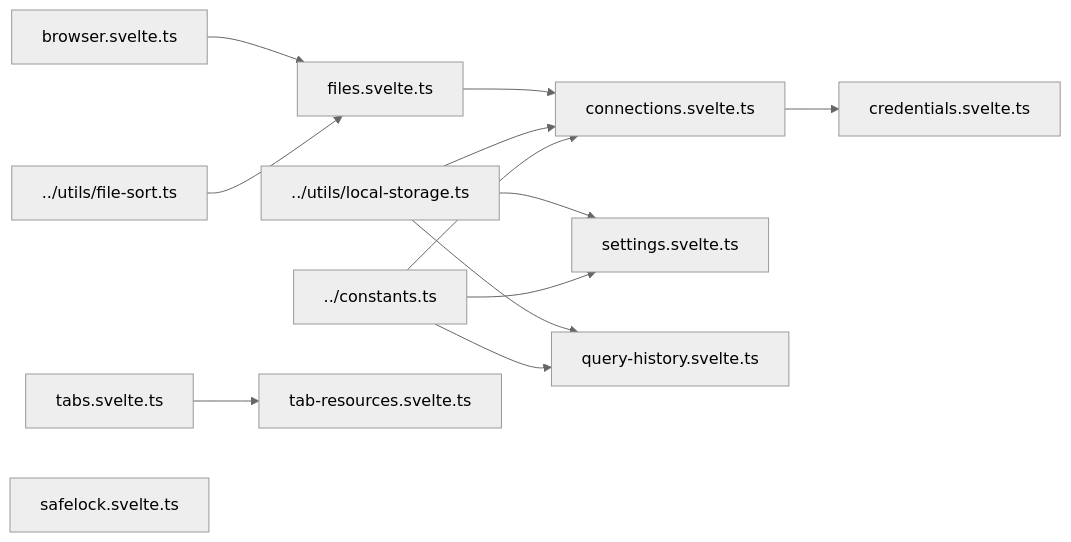
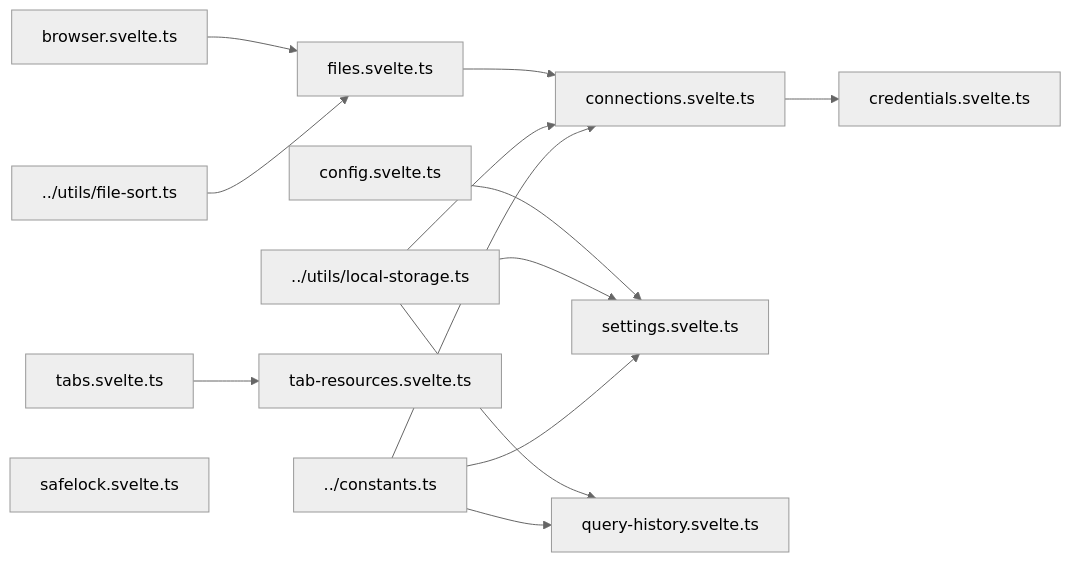
The diagram in src/lib/stores/CLAUDE.md (walkthru-earth/objex), drawn with Mermaid (neutral theme) before and after one commit. The commit also changed other lines of this file and 2 other files, not shown here.

Commit message:
docs: update CLAUDE.md inventories for config store and settings panel

````diff
--- a/src/lib/stores/CLAUDE.md
+++ b/src/lib/stores/CLAUDE.md
@@ -5,13 +5,14 @@
 ```mermaid
 graph LR
     CONST[../constants.ts] --> CONN & SET & QH
     LS[../utils/local-storage.ts] --> CONN & SET & QH
     FSORT[../utils/file-sort.ts] --> FILES
     CONN[connections.svelte.ts] --> CRED[credentials.svelte.ts]
     TABS[tabs.svelte.ts] --> TR[tab-resources.svelte.ts]
     FILES[files.svelte.ts] --> CONN
     BR[browser.svelte.ts] --> FILES
+    CFG2[config.svelte.ts] --> SET
     SET[settings.svelte.ts]
     QH[query-history.svelte.ts]
     SL[safelock.svelte.ts]
 ```
````
